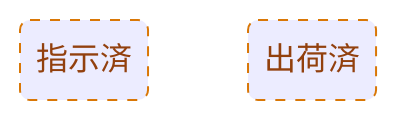
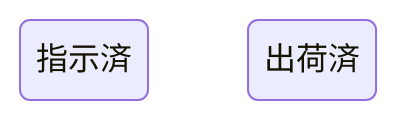
Diagram 28 of 29 in docs/rdra/diagrams.md (Nke0628/rdra-webapp), drawn with Mermaid before and after one commit. The commit also changed other lines of this file and 8 other files, not shown here.

````diff
--- a/docs/rdra/diagrams.md
+++ b/docs/rdra/diagrams.md
@@ -487,7 +547,5 @@
 ```mermaid
 stateDiagram-v2
   state "指示済" as s1
   state "出荷済" as s2
-  classDef hyp stroke-dasharray:5 5,stroke:#d97706,color:#92400e
-  class s1,s2 hyp
 ```
````
